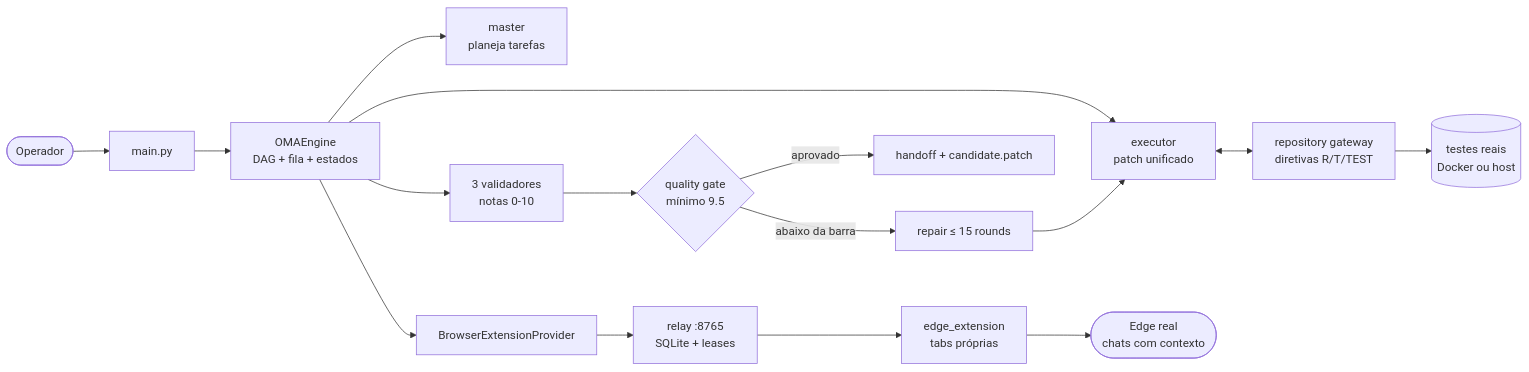
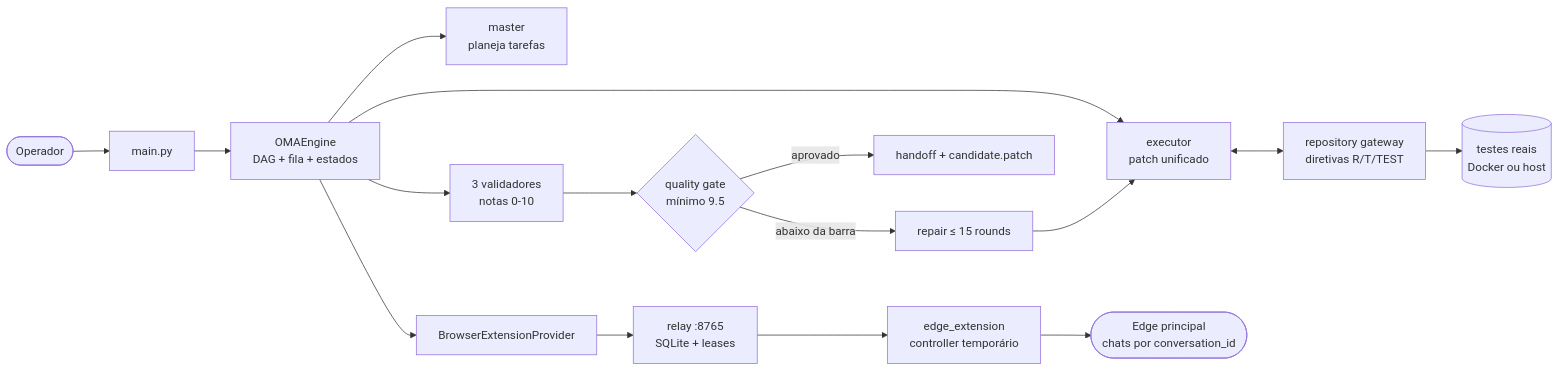
One commit to vitorGgC569/SENTRA changed the first of 2 diagrams in README.md. Above: the diagram before and after it, drawn with Mermaid. The commit also changed other lines of this file and 67 other files, not shown here.

Commit message:
feat(mcp): checkpoint hardening v2 before principal Edge work

````diff
--- a/README.md
+++ b/README.md
@@ -23,18 +23,18 @@
 ```mermaid
 flowchart LR
     OP([Operador]) --> CLI[main.py]
     CLI --> ENG[OMAEngine<br/>DAG + fila + estados]
     ENG --> PLN[master<br/>planeja tarefas]
     ENG --> EXE[executor<br/>patch unificado]
     ENG --> VAL[3 validadores<br/>notas 0-10]
     EXE <--> GW[repository gateway<br/>diretivas R/T/TEST]
     GW --> TST[(testes reais<br/>Docker ou host)]
     VAL --> QG{quality gate<br/>mínimo 9.5}
     QG -->|abaixo da barra| REP[repair ≤ 15 rounds]
     REP --> EXE
     QG -->|aprovado| HO[handoff + candidate.patch]
     ENG --> PROV[BrowserExtensionProvider]
     PROV --> REL[relay :8765<br/>SQLite + leases]
-    REL --> EXT[edge_extension<br/>tabs próprias]
-    EXT --> EDGE([Edge real<br/>chats com contexto])
+    REL --> EXT[edge_extension<br/>controller temporário]
+    EXT --> EDGE([Edge principal<br/>chats por conversation_id])
 ```
````
